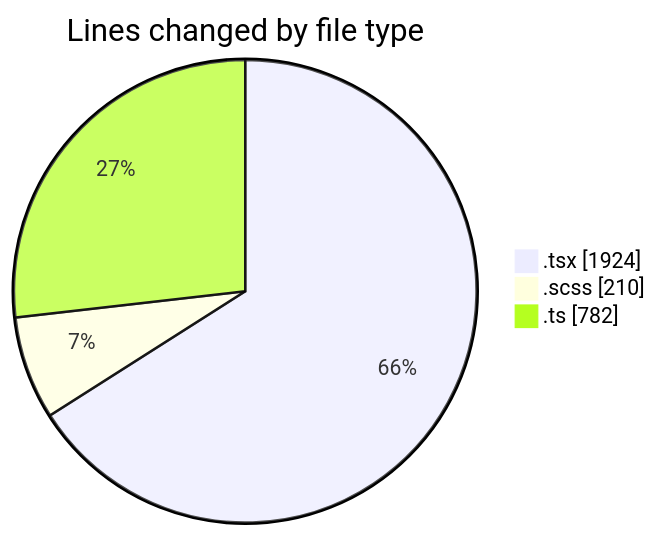
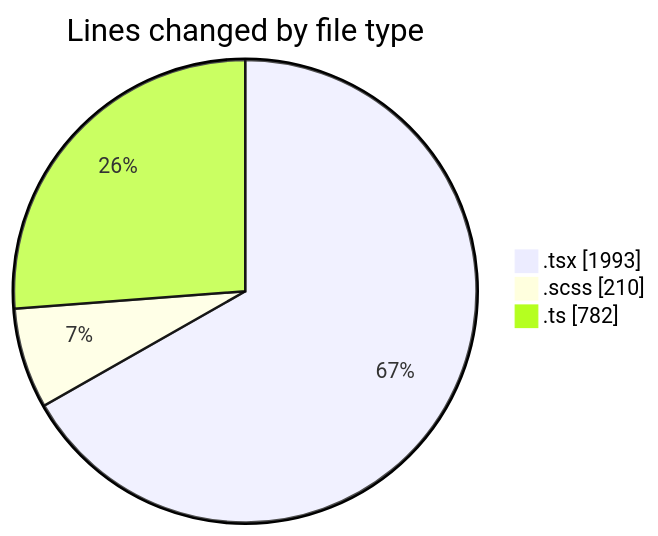
Before and after one commit to momahboobian/code-tracking: the first of 2 diagrams in 2026-05-11/cda/README.md, drawn with Mermaid. The commit also changed other lines of this file and 1 other file, not shown here.

````diff
--- a/2026-05-11/cda/README.md
+++ b/2026-05-11/cda/README.md
@@ -38,7 +38,7 @@
 ```mermaid
 pie showData
 title Lines changed by file type
-".tsx" : 1924
+".tsx" : 1993
 ".scss" : 210
 ".ts" : 782
 ```
````
